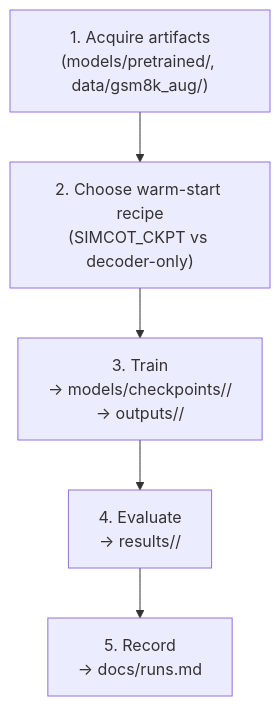
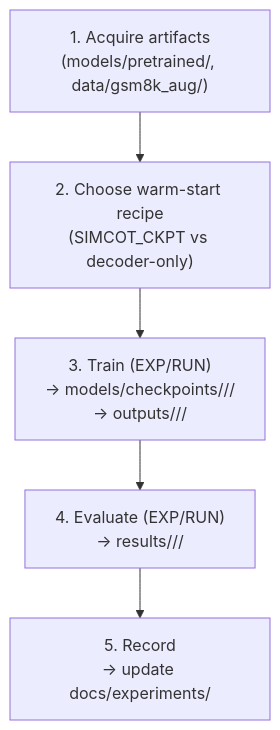
One commit to anatissera/pondernet-adaptive-latent-reasoning changed the diagram in docs/pipeline.md. Above: the diagram before and after it, drawn with Mermaid. The commit also changed other lines of this file and 4 other files, not shown here.

````diff
--- a/docs/pipeline.md
+++ b/docs/pipeline.md
@@ -12,10 +12,10 @@
 ```mermaid
 flowchart TD
     A["1. Acquire artifacts\n(models/pretrained/, data/gsm8k_aug/)"]
     B["2. Choose warm-start recipe\n(SIMCOT_CKPT vs decoder-only)"]
-    C["3. Train\n→ models/checkpoints/<run-id>/\n→ outputs/<run-id>/"]
-    D["4. Evaluate\n→ results/<run-id>/"]
-    E["5. Record\n→ docs/runs.md"]
+    C["3. Train (EXP/RUN)\n→ models/checkpoints/<NN-exp>/<run-id>/\n→ outputs/<NN-exp>/<run-id>/"]
+    D["4. Evaluate (EXP/RUN)\n→ results/<NN-exp>/<run-id>/"]
+    E["5. Record\n→ update docs/experiments/"]
 
     A --> B --> C --> D --> E
 ```
````
